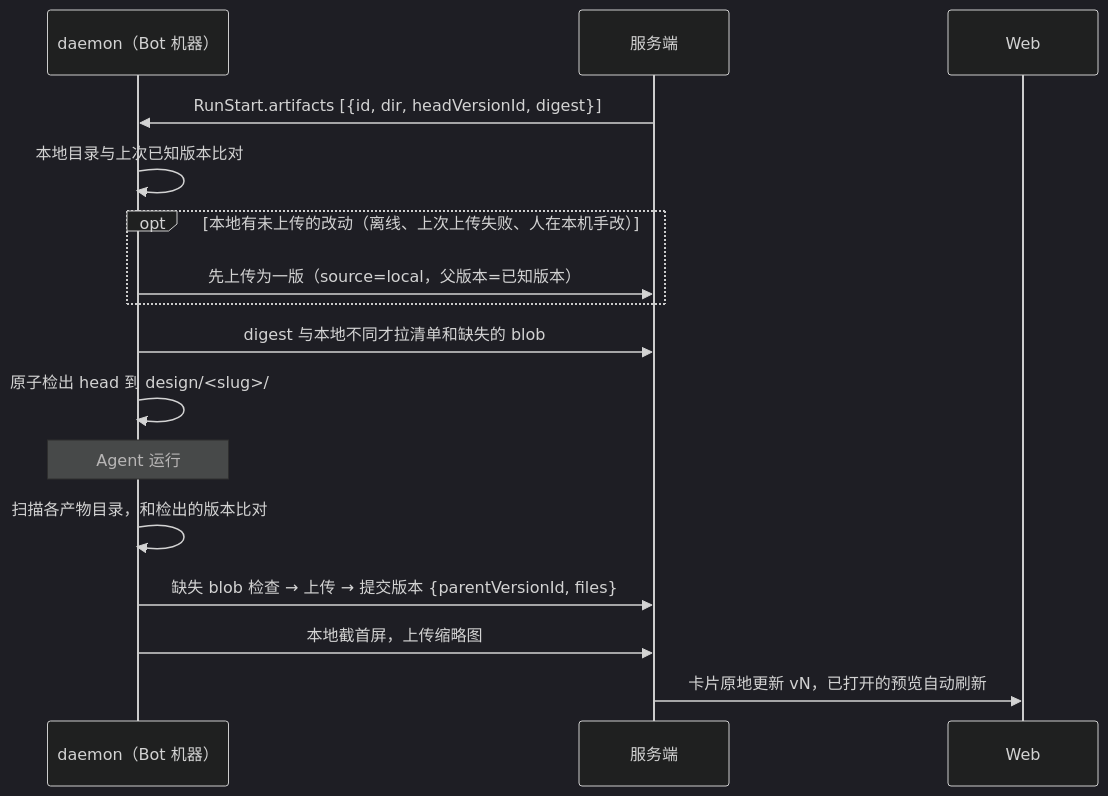
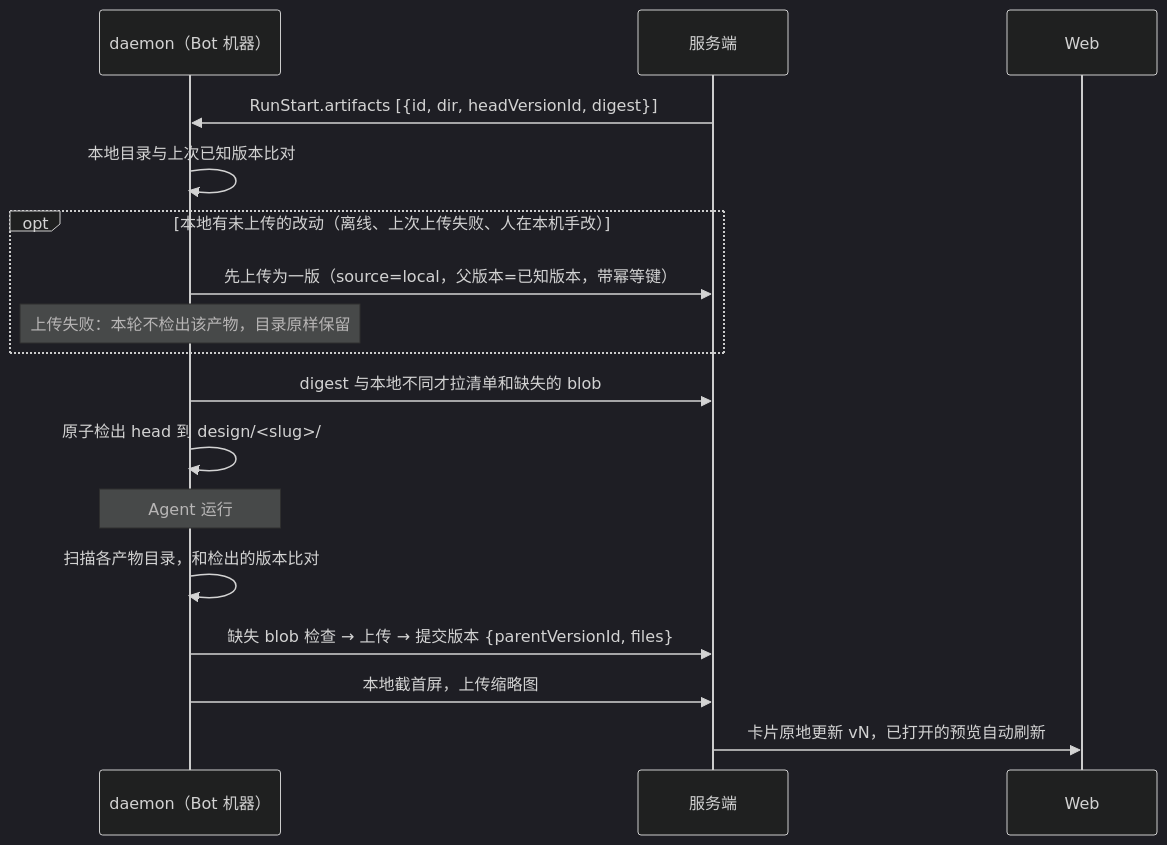
One commit to yoqu/gonggong-space changed the first of 2 diagrams in docs/plan/产物托管与编辑-开发计划.md. Above: the diagram before and after it, drawn with Mermaid (dark theme). The commit also changed other lines of this file and 5 other files, not shown here.

Commit message:
feat(plugins): 原型外壳默认画布视图（全部屏幕平铺、屏间连线、缩放拖动，可切演示）；计划并入 Codex 审查的 P0/P1 修订

````diff
--- a/docs/plan/产物托管与编辑-开发计划.md
+++ b/docs/plan/产物托管与编辑-开发计划.md
@@ -38,18 +38,19 @@
 ```mermaid
 sequenceDiagram
   participant D as daemon（Bot 机器）
   participant S as 服务端
   participant W as Web
   S->>D: RunStart.artifacts [{id, dir, headVersionId, digest}]
   D->>D: 本地目录与上次已知版本比对
   opt 本地有未上传的改动（离线、上次上传失败、人在本机手改）
-    D->>S: 先上传为一版（source=local，父版本=已知版本）
+    D->>S: 先上传为一版（source=local，父版本=已知版本，带幂等键）
+    Note over D: 上传失败：本轮不检出该产物，目录原样保留
   end
   D->>S: digest 与本地不同才拉清单和缺失的 blob
   D->>D: 原子检出 head 到 design/<slug>/
   Note over D: Agent 运行
   D->>D: 扫描各产物目录，和检出的版本比对
   D->>S: 缺失 blob 检查 → 上传 → 提交版本 {parentVersionId, files}
   D->>S: 本地截首屏，上传缩略图
   S->>W: 卡片原地更新 vN，已打开的预览自动刷新
 ```
````
